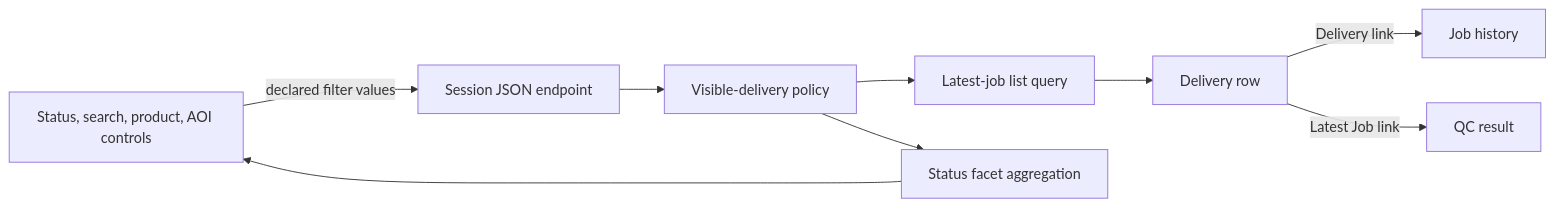
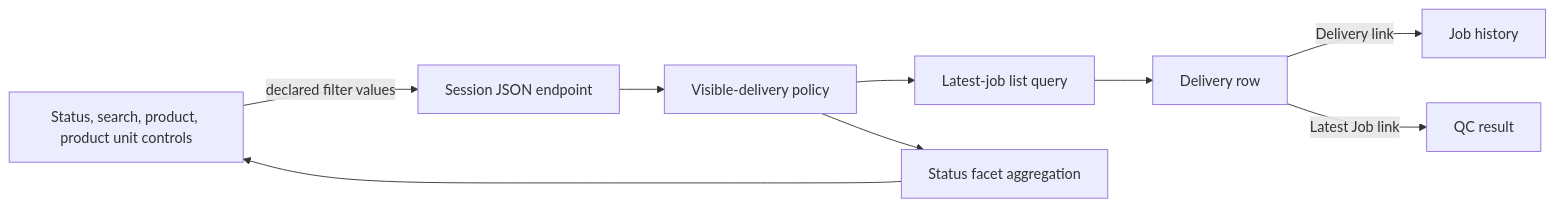
The diagram in docs/architecture/deliveries-workspace.md (eea/copernicus_quality_tools), drawn with Mermaid before and after one commit. The commit also changed other lines of this file and 188 other files, not shown here.

Commit message:
audit database schema and approve logical naming

````diff
--- a/docs/architecture/deliveries-workspace.md
+++ b/docs/architecture/deliveries-workspace.md
@@ -37,18 +37,18 @@
 ```mermaid
 flowchart LR
-    UI[Status, search, product, AOI controls]
+    UI[Status, search, product, product unit controls]
     JSON[Session JSON endpoint]
     Access[Visible-delivery policy]
     Query[Latest-job list query]
     Facets[Status facet aggregation]
     Row[Delivery row]
 
     UI -->|declared filter values| JSON
     JSON --> Access
     Access --> Query
     Access --> Facets
     Query --> Row
     Facets --> UI
     Row -->|Delivery link| History[Job history]
     Row -->|Latest Job link| Result[QC result]
 ```
````
